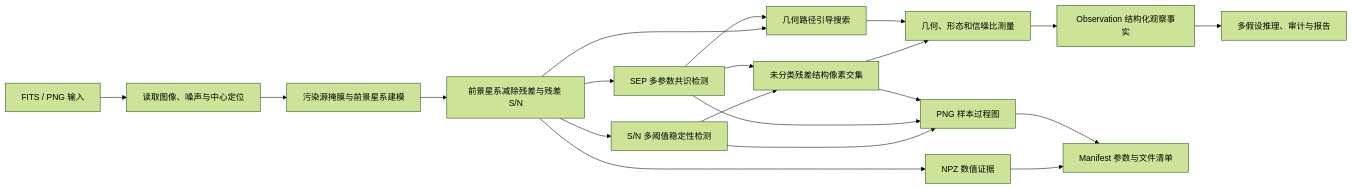
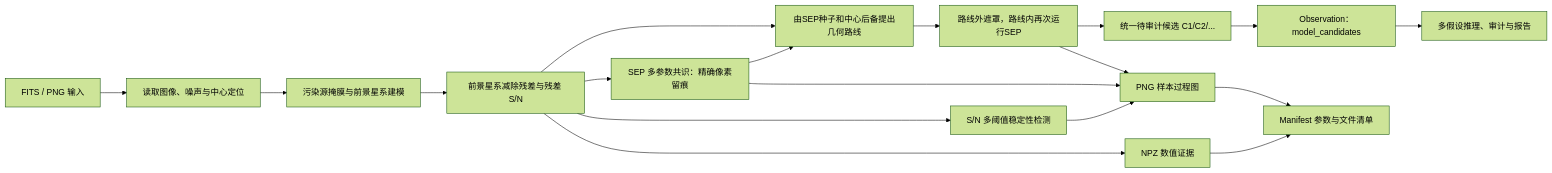
Before and after one commit to moonlovist/SL-agent: the diagram in src/docs/VISION_PROCESS_FLOW_CN.md, drawn with Mermaid (forest theme). The commit also changed other lines of this file and 15 other files, not shown here.

````diff
--- a/src/docs/VISION_PROCESS_FLOW_CN.md
+++ b/src/docs/VISION_PROCESS_FLOW_CN.md
@@ -5,22 +5,20 @@
 ```mermaid
 flowchart LR
     A["FITS / PNG 输入"] --> B["读取图像、噪声与中心定位"]
     B --> C["污染源掩膜与前景星系建模"]
     C --> D["前景星系减除残差与残差 S/N"]
     D --> E["S/N 多阈值稳定性检测"]
-    D --> F["SEP 多参数共识检测"]
-    D --> R["几何路径引导搜索"]
-    E --> G["未分类残差结构像素交集"]
-    F --> G
-    F --> R
-    G --> H["几何、形态和信噪比测量"]
-    R --> H
-    H --> I["Observation 结构化观察事实"]
+    D --> F["SEP 多参数共识：精确像素留痕"]
+    F --> R["由SEP种子和中心后备提出几何路线"]
+    D --> R
+    R --> Q["路线外遮罩，路线内再次运行SEP"]
+    Q --> H["统一待审计候选 C1/C2/..."]
+    H --> I["Observation：model_candidates"]
     I --> J["多假设推理、审计与报告"]
     D --> K["NPZ 数值证据"]
     E --> L["PNG 样本过程图"]
     F --> L
-    G --> L
+    Q --> L
     K --> M["Manifest 参数与文件清单"]
     L --> M
 ```
````
